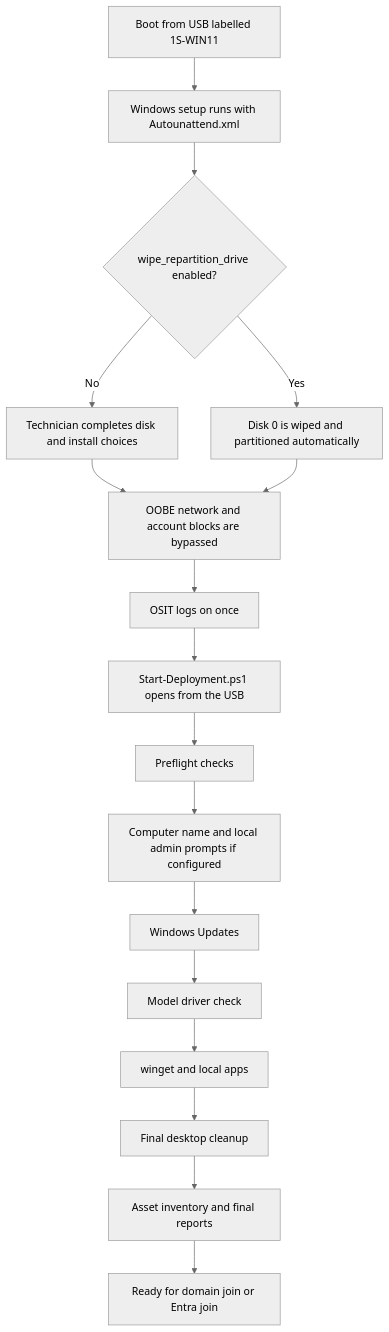
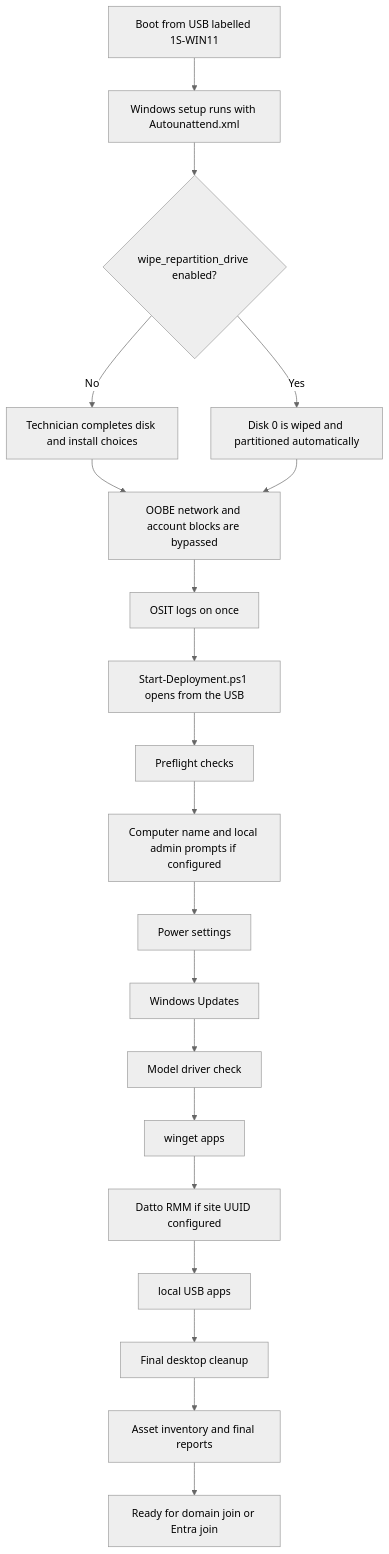
One commit to robin-collins/Win11-USB changed the first of 2 diagrams in README.md. Above: the diagram before and after it, drawn with Mermaid (neutral theme). The commit also changed other lines of this file and 11 other files, not shown here.

Commit message:
feat: implement automated Windows deployment framework with modular PowerShell scripts and configuration management

````diff
--- a/README.md
+++ b/README.md
@@ -11,19 +11,22 @@
 ```mermaid
 flowchart TD
   A["Boot from USB labelled 1S-WIN11"] --> B["Windows setup runs with Autounattend.xml"]
   B --> C{"wipe_repartition_drive enabled?"}
   C -->|"No"| D["Technician completes disk and install choices"]
   C -->|"Yes"| E["Disk 0 is wiped and partitioned automatically"]
   D --> F["OOBE network and account blocks are bypassed"]
   E --> F
   F --> G["OSIT logs on once"]
   G --> H["Start-Deployment.ps1 opens from the USB"]
   H --> I["Preflight checks"]
   I --> J["Computer name and local admin prompts if configured"]
-  J --> K["Windows Updates"]
-  K --> L["Model driver check"]
-  L --> M["winget and local apps"]
-  M --> N["Final desktop cleanup"]
-  N --> O["Asset inventory and final reports"]
-  O --> P["Ready for domain join or Entra join"]
+  J --> K["Power settings"]
+  K --> L["Windows Updates"]
+  L --> M["Model driver check"]
+  M --> N["winget apps"]
+  N --> O["Datto RMM if site UUID configured"]
+  O --> P["local USB apps"]
+  P --> Q["Final desktop cleanup"]
+  Q --> R["Asset inventory and final reports"]
+  R --> S["Ready for domain join or Entra join"]
 ```
````
